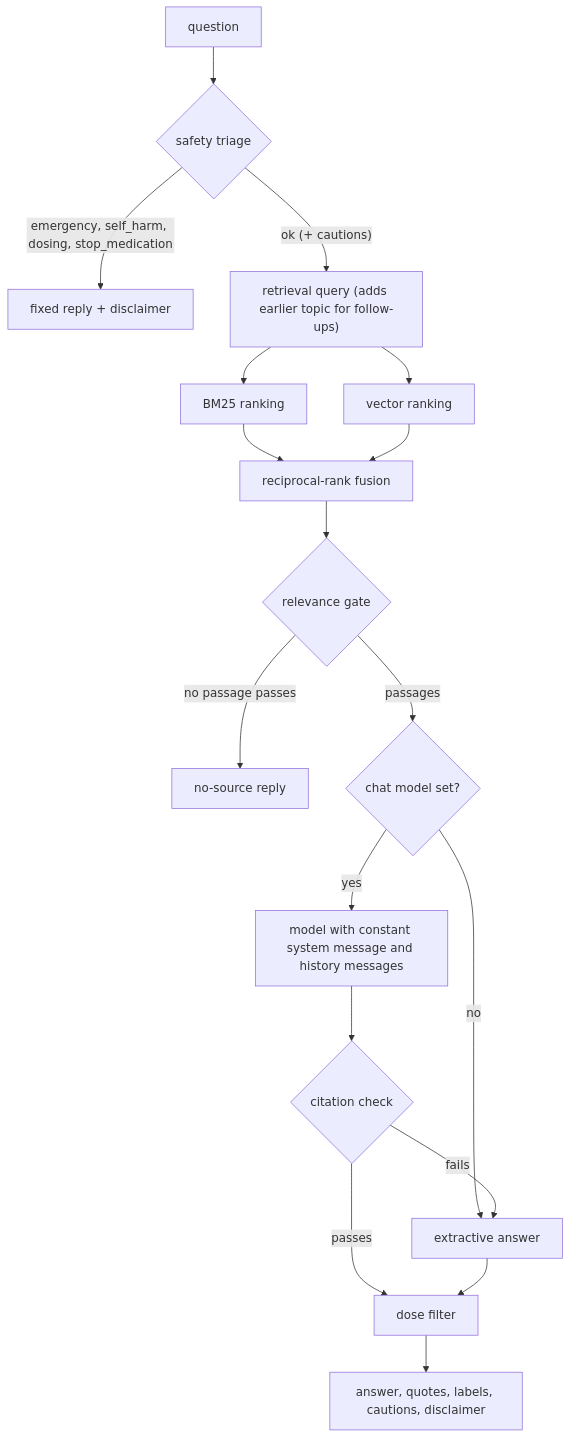
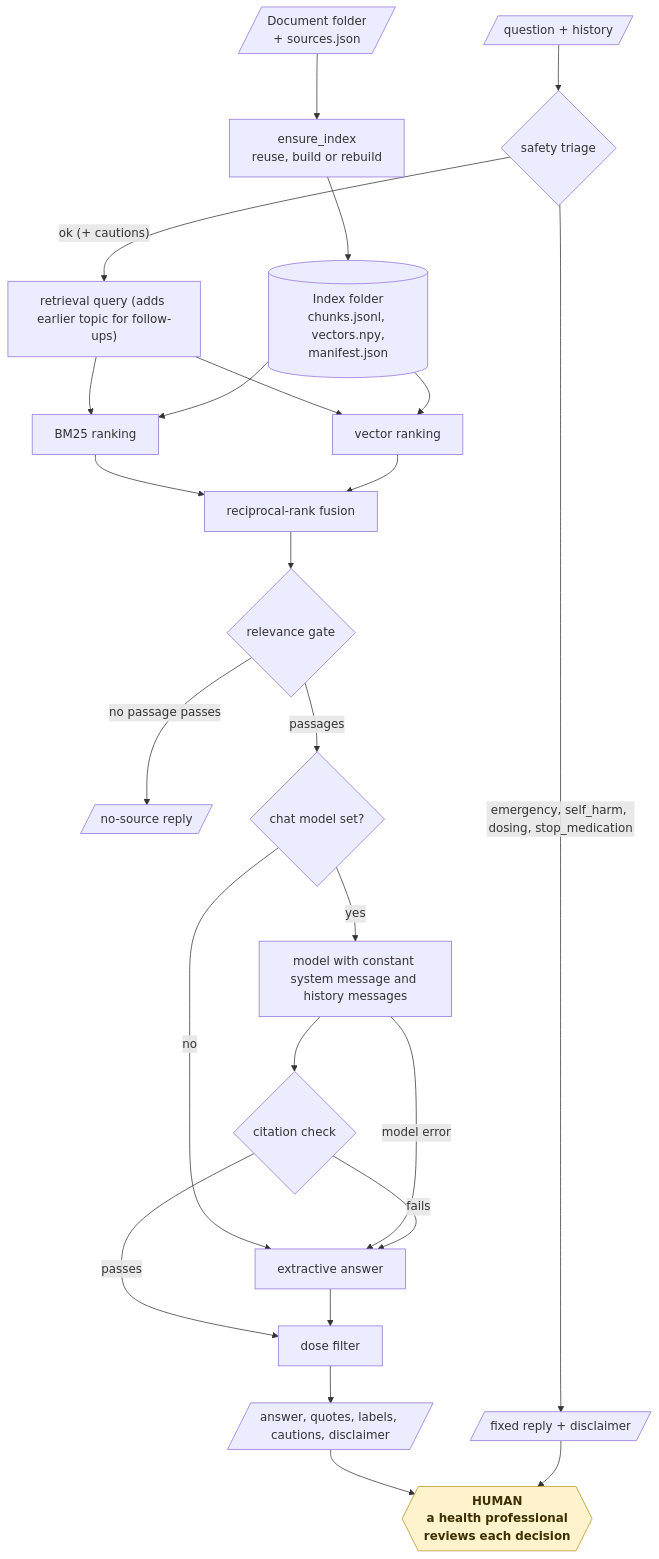
Before and after one commit to KrishnaAnnavaram/holisticare-rag: the fifth of 17 diagrams in README.md, drawn with Mermaid. The commit also changed other lines of this file, not shown here.

Commit message:
Add the workflow diagrams to the README

````diff
--- a/README.md
+++ b/README.md
@@ -199,20 +259,30 @@
 ```mermaid
-flowchart TB
-    Q["question"] --> T{"safety triage"}
-    T -->|"emergency, self_harm, dosing, stop_medication"| FIX["fixed reply + disclaimer"]
+flowchart TD
+    DOCS[/"Document folder<br/>+ sources.json"/] --> ENS["ensure_index<br/>reuse, build or rebuild"]
+    ENS --> IDX[("Index folder<br/>chunks.jsonl, vectors.npy,<br/>manifest.json")]
+    Q[/"question + history"/] --> T{"safety triage"}
+    T -->|"emergency, self_harm, dosing, stop_medication"| FIX[/"fixed reply + disclaimer"/]
     T -->|"ok (+ cautions)"| RW["retrieval query (adds earlier topic for follow-ups)"]
     RW --> BM["BM25 ranking"]
     RW --> VS["vector ranking"]
+    IDX --> BM
+    IDX --> VS
     BM --> F["reciprocal-rank fusion"]
     VS --> F
     F --> G{"relevance gate"}
-    G -->|"no passage passes"| NS["no-source reply"]
+    G -->|"no passage passes"| NS[/"no-source reply"/]
     G -->|"passages"| M{"chat model set?"}
     M -->|"yes"| LLM["model with constant system message and history messages"]
     M -->|"no"| EX["extractive answer"]
     LLM --> CC{"citation check"}
+    LLM -->|"model error"| EX
     CC -->|"fails"| EX
     CC -->|"passes"| DF["dose filter"]
     EX --> DF
-    DF --> OUT["answer, quotes, labels, cautions, disclaimer"]
+    DF --> OUT[/"answer, quotes, labels, cautions, disclaimer"/]
+    OUT --> HUMAN{{"HUMAN<br/>a health professional<br/>reviews each decision"}}
+    FIX --> HUMAN
+
+    classDef human fill:#fff3cd,stroke:#b8901f,color:#3d2f00,font-weight:bold
+    class HUMAN human
 ```
````
